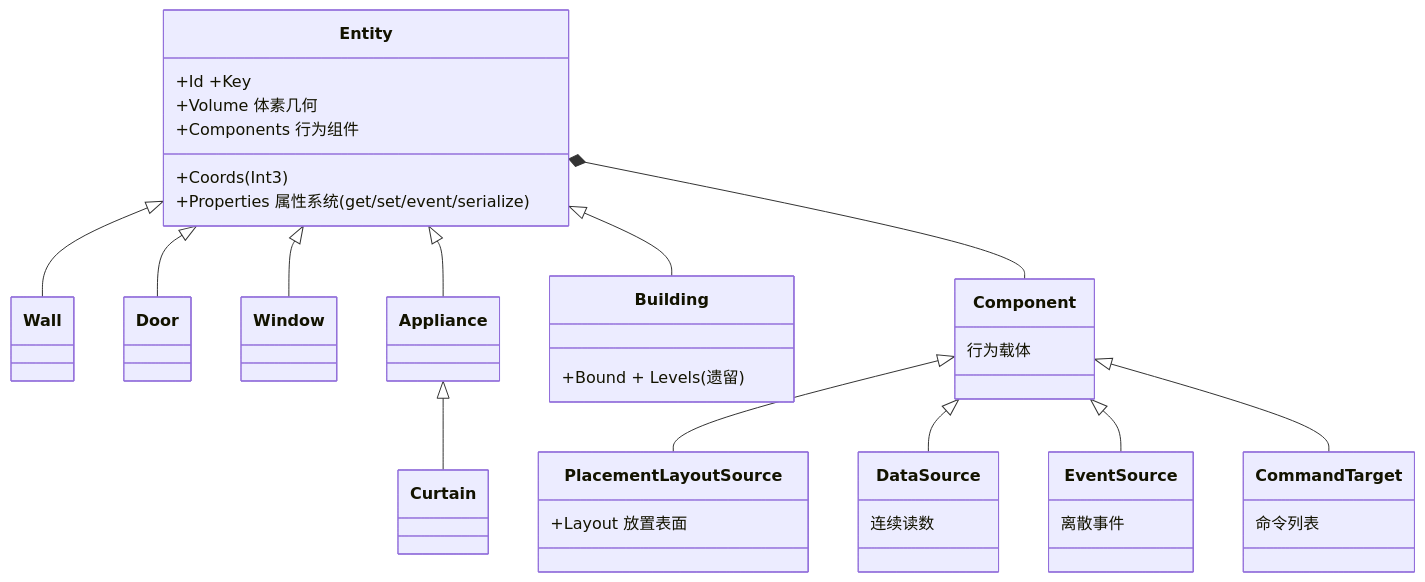
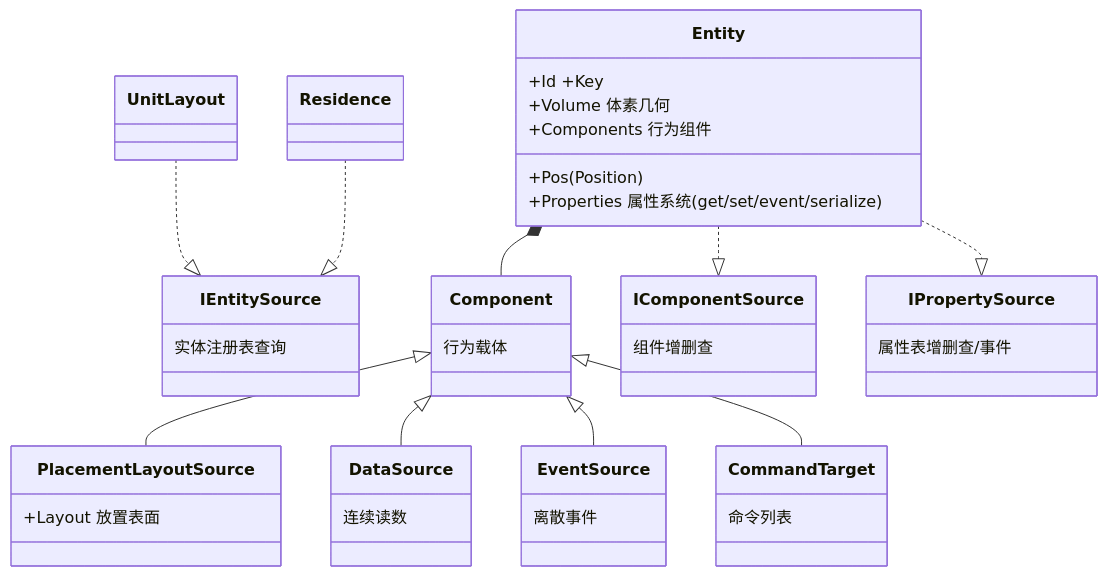
The first of 4 diagrams in Documentation/DESIGN_HOME.md (momoka-ai/momoka), drawn with Mermaid before and after one commit. The commit also changed other lines of this file and 12 other files, not shown here.

````diff
--- a/Documentation/DESIGN_HOME.md
+++ b/Documentation/DESIGN_HOME.md
@@ -38,47 +39,46 @@
 ```mermaid
 classDiagram
     direction TB
 
     class Entity {
         +Id +Key
-        +Coords(Int3)
+        +Pos(Position)
         +Volume 体素几何
         +Properties 属性系统(get/set/event/serialize)
         +Components 行为组件
-    }
-    class Wall
-    class Door
-    class Window
-    class Appliance
-    class Curtain
-    class Building {
-        +Bound + Levels(遗留)
     }
     class Component {
         行为载体
     }
     class PlacementLayoutSource {
         +Layout 放置表面
     }
     class DataSource {
         连续读数
     }
     class EventSource {
         离散事件
     }
     class CommandTarget {
         命令列表
     }
+    class IEntitySource {
+        实体注册表查询
+    }
+    class IComponentSource {
+        组件增删查
+    }
+    class IPropertySource {
+        属性表增删查/事件
+    }
 
-    Entity <|-- Wall
-    Entity <|-- Door
-    Entity <|-- Window
-    Entity <|-- Appliance
-    Entity <|-- Building
-    Appliance <|-- Curtain
     Component <|-- PlacementLayoutSource
     Component <|-- DataSource
     Component <|-- EventSource
     Component <|-- CommandTarget
     Entity *-- Component
+    Entity ..|> IComponentSource
+    Entity ..|> IPropertySource
+    UnitLayout ..|> IEntitySource
+    Residence ..|> IEntitySource
 ```
````
